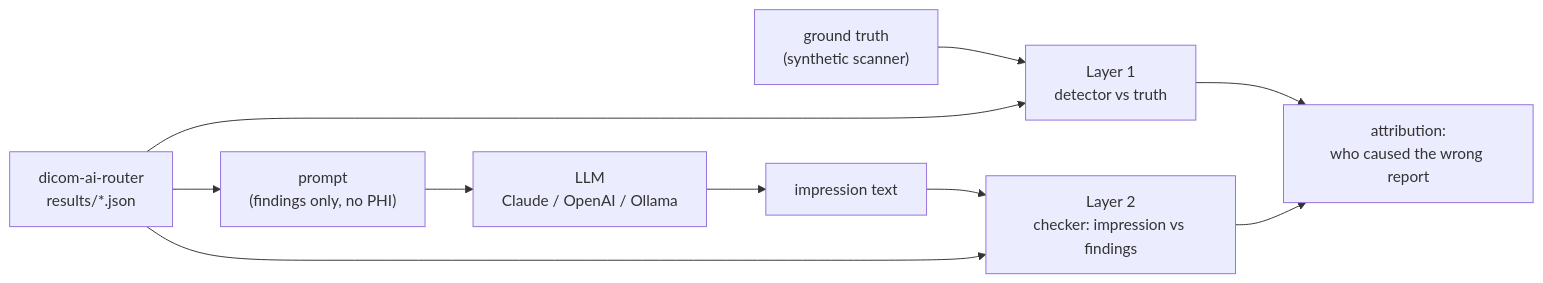
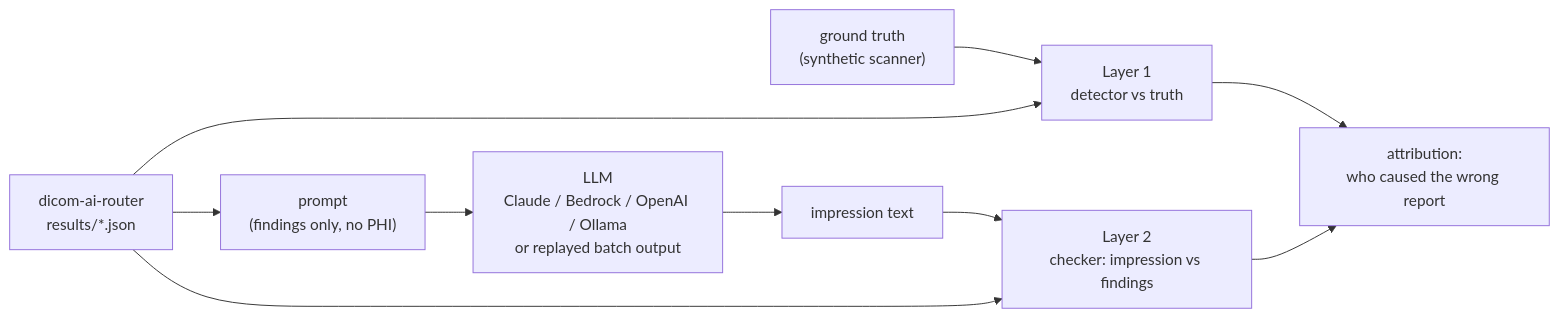
Before and after one commit to seth2177/llm-eval-radiology: the diagram in README.md, drawn with Mermaid. The commit also changed other lines of this file, not shown here.

First line of the commit message:
Document Bedrock, replayed impressions and the prompts file in the README

````diff
--- a/README.md
+++ b/README.md
@@ -11,10 +11,10 @@
 ```mermaid
 flowchart LR
     T["ground truth<br/>(synthetic scanner)"] --> L1
     R["dicom-ai-router<br/>results/*.json"] --> L1["Layer 1<br/>detector vs truth"]
-    R --> P["prompt<br/>(findings only, no PHI)"] --> M["LLM<br/>Claude / OpenAI / Ollama"] --> I["impression text"]
+    R --> P["prompt<br/>(findings only, no PHI)"] --> M["LLM<br/>Claude / Bedrock / OpenAI / Ollama<br/>or replayed batch output"] --> I["impression text"]
     I --> L2["Layer 2<br/>checker: impression vs findings"]
     R --> L2
     L1 --> A["attribution:<br/>who caused the wrong report"]
     L2 --> A
 ```
````
